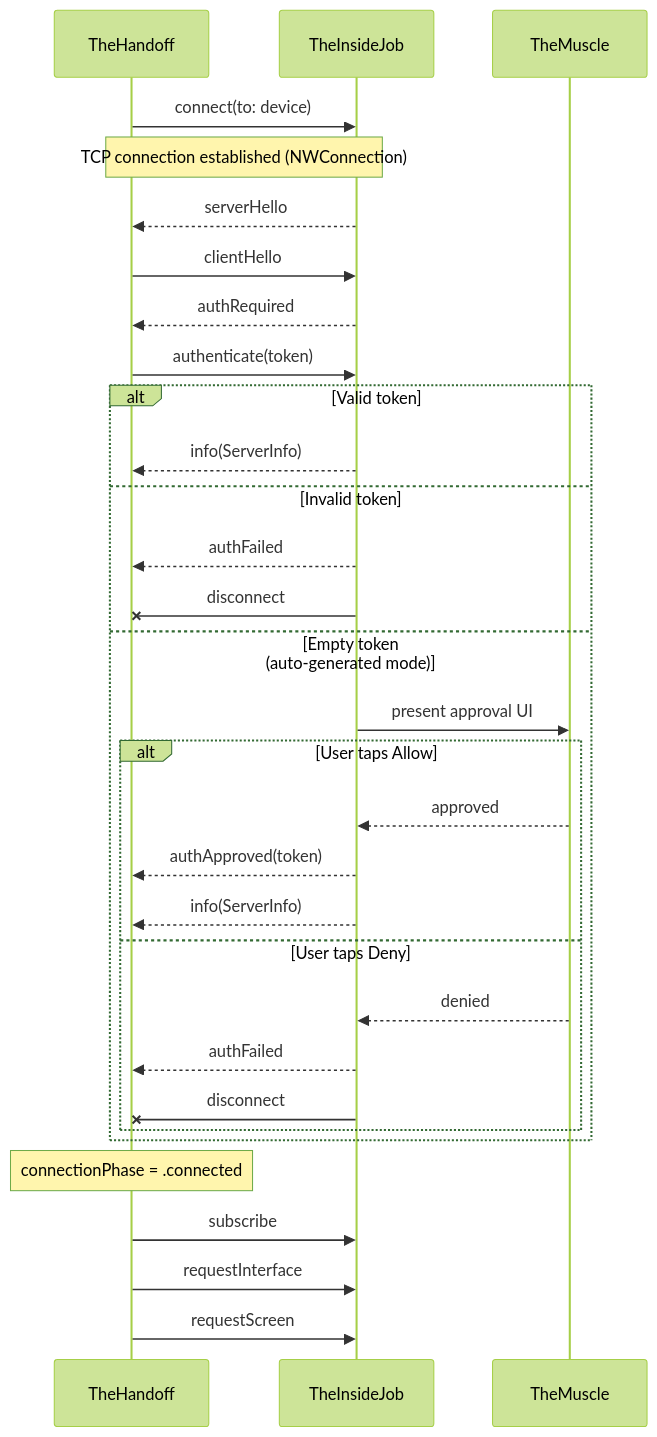
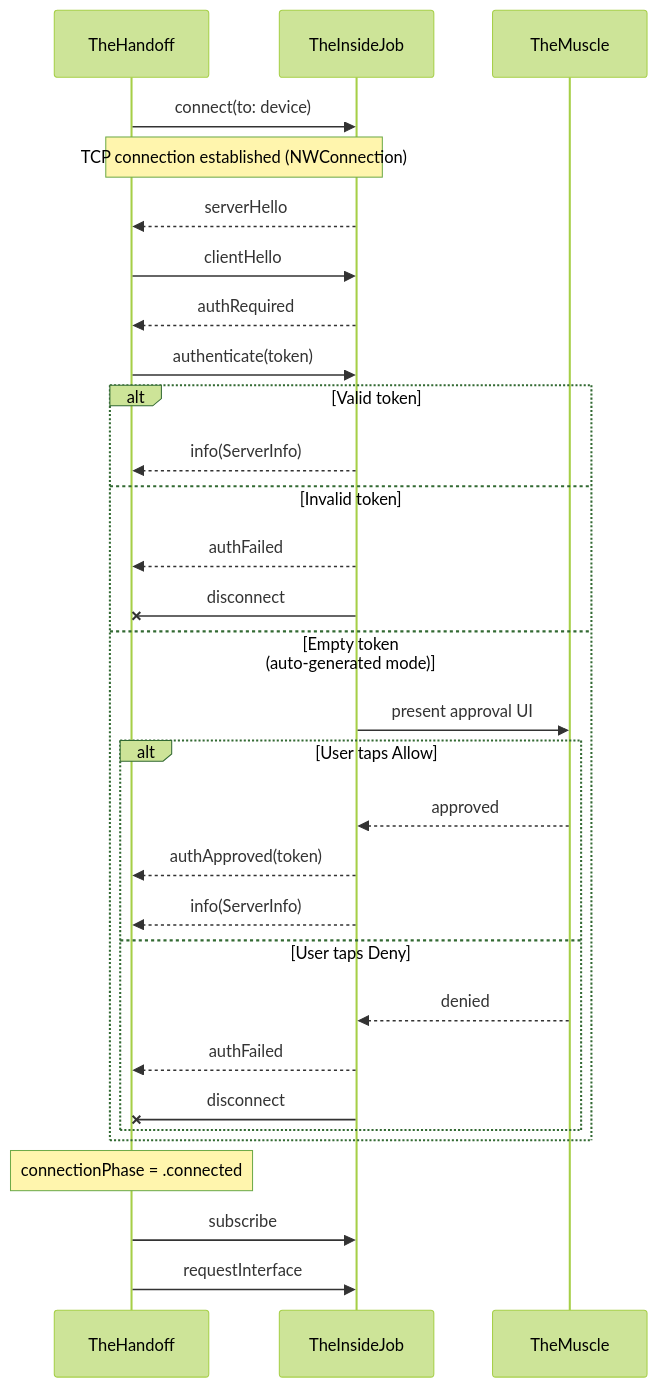
Before and after one commit to RoyalPineapple/TheButtonHeist: the sixth of 10 diagrams in docs/ARCHITECTURE.md, drawn with Mermaid (forest theme). The commit also changed other lines of this file and 18 other files, not shown here.

````diff
--- a/docs/ARCHITECTURE.md
+++ b/docs/ARCHITECTURE.md
@@ -490,37 +490,36 @@
 ```mermaid
 sequenceDiagram
     participant HC as TheHandoff
     participant IJ as TheInsideJob
     participant TM as TheMuscle
 
     HC->>IJ: connect(to: device)
     Note over HC,IJ: TCP connection established (NWConnection)
     IJ-->>HC: serverHello
     HC->>IJ: clientHello
     IJ-->>HC: authRequired
 
     HC->>IJ: authenticate(token)
 
     alt Valid token
         IJ-->>HC: info(ServerInfo)
     else Invalid token
         IJ-->>HC: authFailed
         IJ-xHC: disconnect
     else Empty token (auto-generated mode)
         IJ->>TM: present approval UI
         alt User taps Allow
             TM-->>IJ: approved
             IJ-->>HC: authApproved(token)
             IJ-->>HC: info(ServerInfo)
         else User taps Deny
             TM-->>IJ: denied
             IJ-->>HC: authFailed
             IJ-xHC: disconnect
         end
     end
 
     Note over HC: connectionPhase = .connected
     HC->>IJ: subscribe
     HC->>IJ: requestInterface
-    HC->>IJ: requestScreen
 ```
````
